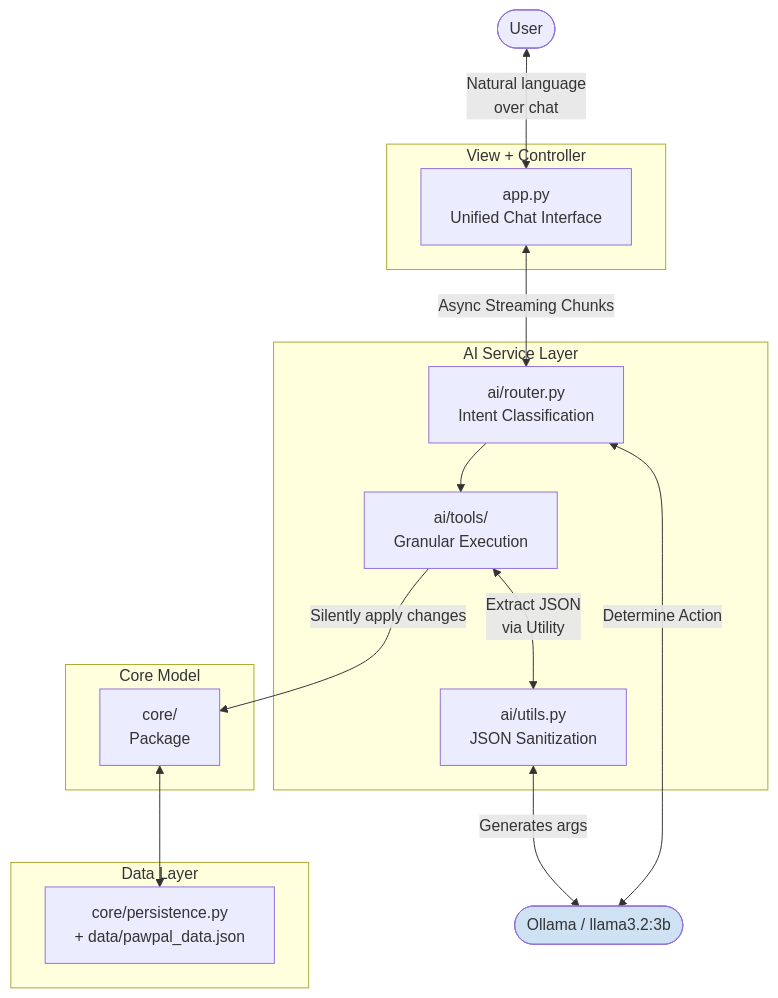
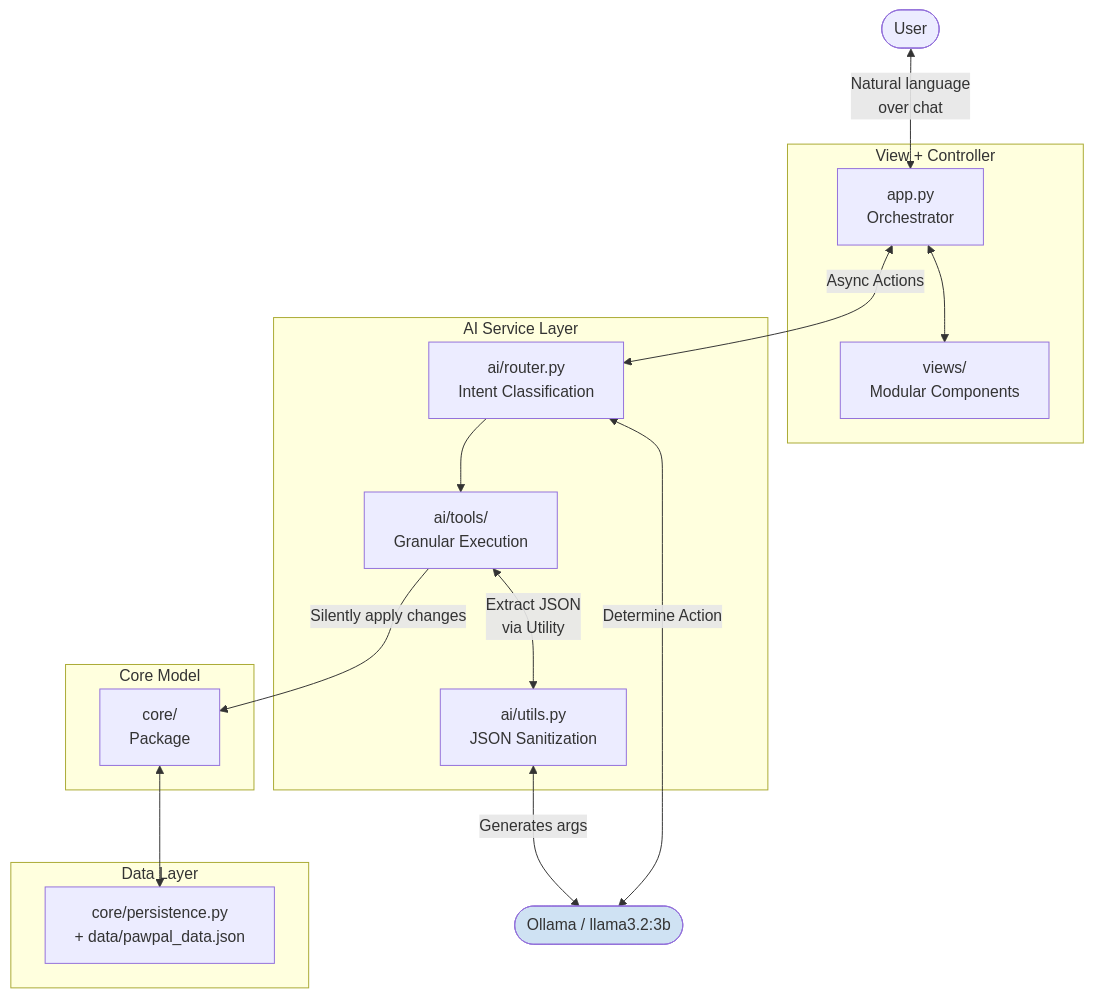
One commit to Mebsina/pawpal-ai-system-project changed the first of 4 diagrams in README.md. Above: the diagram before and after it, drawn with Mermaid. The commit also changed other lines of this file and 9 other files, not shown here.

Commit message:
Refactor: Modularize app.py UI components into views/ package

````diff
--- a/README.md
+++ b/README.md
@@ -45,35 +45,37 @@
 ```mermaid
 flowchart TD
     User([User])
 
     subgraph VC["View + Controller"]
-        UI["app.py<br/>Unified Chat Interface"]
-    end
+    App["app.py<br/>Orchestrator"]
+    Views["views/<br/>Modular Components"]
+end
 
-    subgraph AI["AI Service Layer"]
-        Router["ai/router.py<br/>Intent Classification"]
-        Tools["ai/tools/<br/>Granular Execution"]
-        Util["ai/utils.py<br/>JSON Sanitization"]
-    end
+subgraph AI["AI Service Layer"]
+    Router["ai/router.py<br/>Intent Classification"]
+    Tools["ai/tools/<br/>Granular Execution"]
+    Util["ai/utils.py<br/>JSON Sanitization"]
+end
 
-    subgraph Core["Core Model"]
-        Engine["core/<br/>Package"]
-    end
+subgraph Core["Core Model"]
+    Engine["core/<br/>Package"]
+end
 
-    subgraph Data["Data Layer"]
-        Store["core/persistence.py<br/>+ data/pawpal_data.json"]
-    end
+subgraph Data["Data Layer"]
+    Store["core/persistence.py<br/>+ data/pawpal_data.json"]
+end
 
-    Ollama([Ollama / llama3.2:3b])
+Ollama([Ollama / llama3.2:3b])
 
-    User <-->|"Natural language<br/>over chat"| UI
-    UI <-->|"Async Streaming Chunks"| Router
-    Router <-->|Determine Action| Ollama
-    Router --> Tools
-    Tools <-->|Extract JSON\nvia Utility| Util
-    Util <-->|Generates args| Ollama
-    Tools -->|Silently apply changes| Engine
-    Engine <--> Store
+User <-->|"Natural language<br/>over chat"| App
+App <--> Views
+App <-->|"Async Actions"| Router
+Router <-->|Determine Action| Ollama
+Router --> Tools
+Tools <-->|Extract JSON\nvia Utility| Util
+Util <-->|Generates args| Ollama
+Tools -->|Silently apply changes| Engine
+Engine <--> Store
 
     style Ollama fill:#cfe2f3
 ```
````
